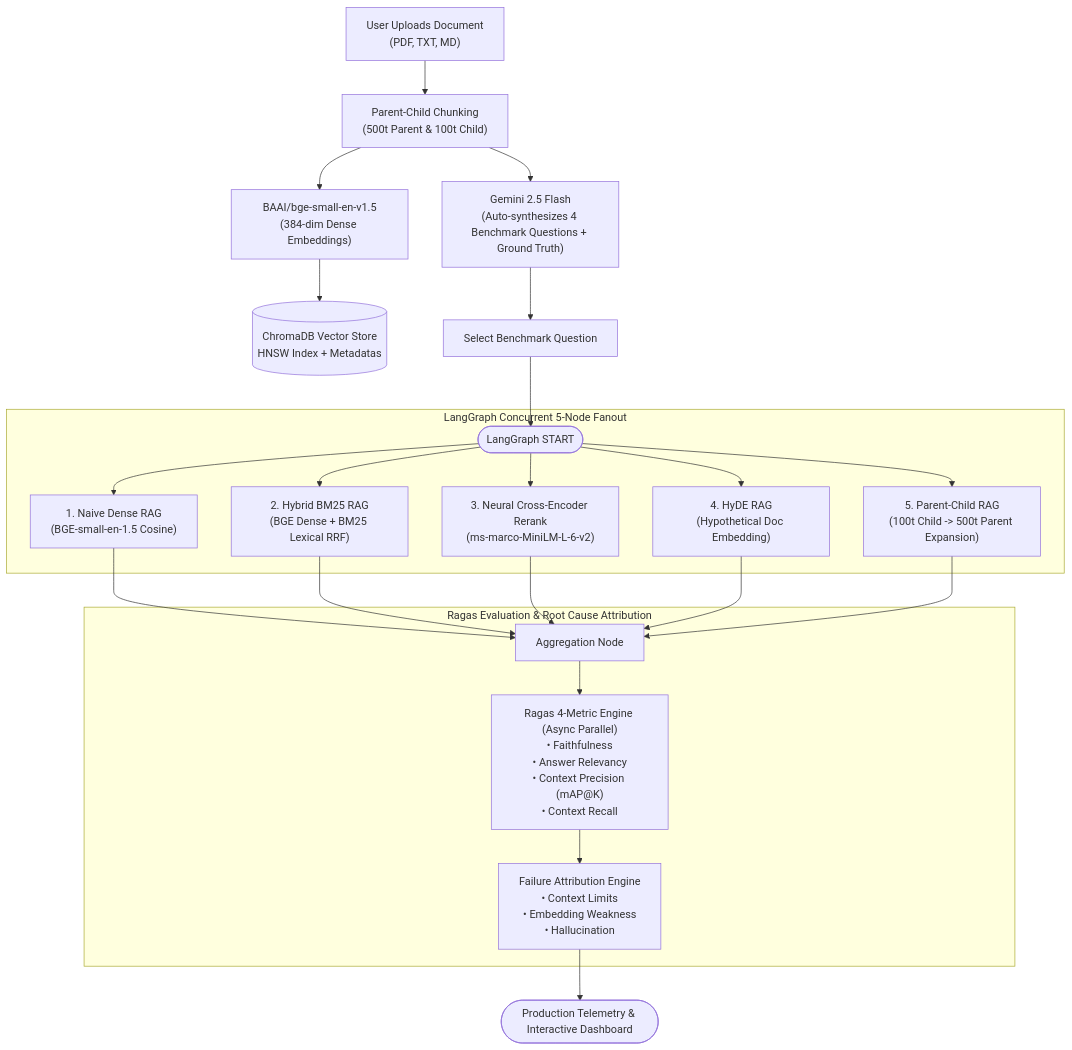
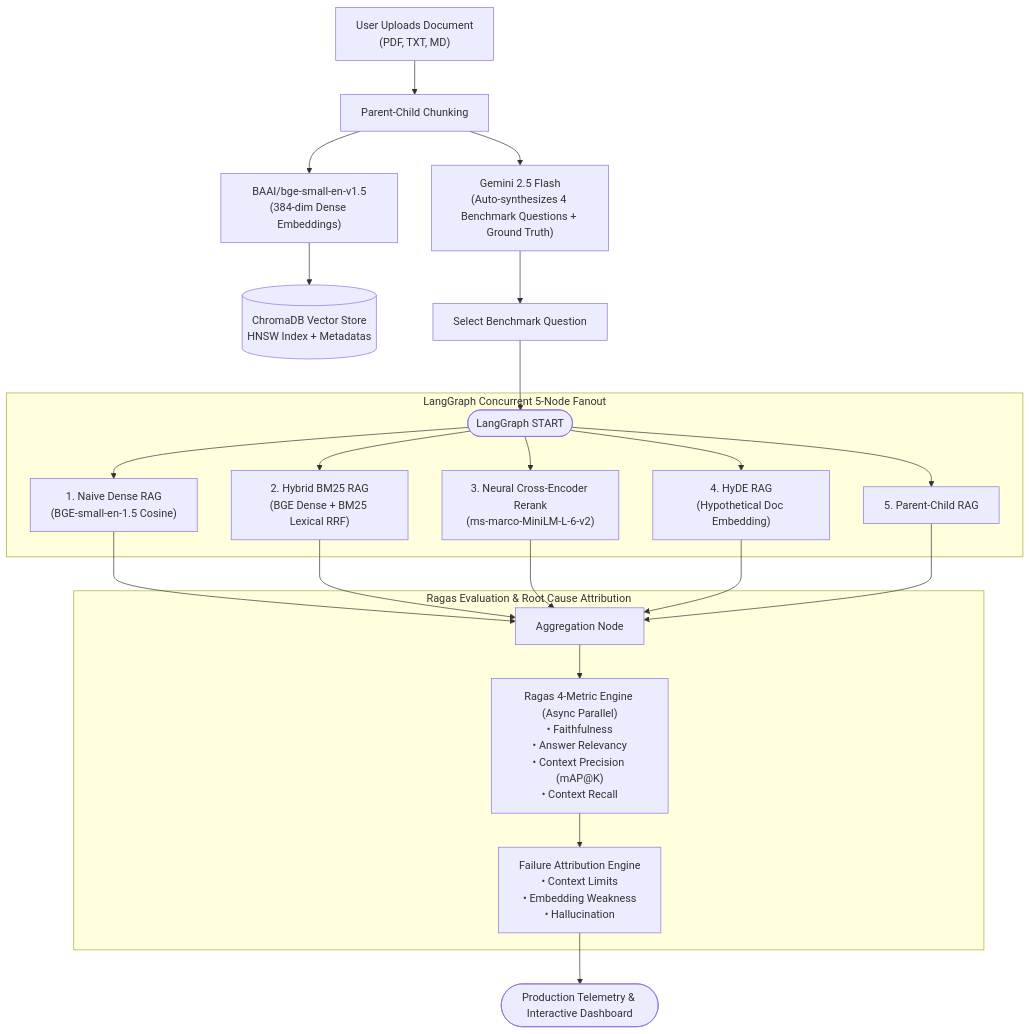
One commit to Japnitsingh123/RAGLens changed the diagram in README.md. Above: the diagram before and after it, drawn with Mermaid.

Commit message:
commited changes

````diff
--- a/README.md
+++ b/README.md
@@ -28,31 +28,31 @@
 ```mermaid
 flowchart TD
-    DOC["User Uploads Document\n(PDF, TXT, MD)"] --> CHUNK["Parent-Child Chunking\n(500t Parent & 100t Child)"]
+    DOC["User Uploads Document\n(PDF, TXT, MD)"] --> CHUNK["Parent-Child Chunking"]
     CHUNK --> BGE["BAAI/bge-small-en-v1.5\n(384-dim Dense Embeddings)"]
     BGE --> CHROMA[("ChromaDB Vector Store\nHNSW Index + Metadatas")]
     CHUNK --> GEMINI["Gemini 2.5 Flash\n(Auto-synthesizes 4 Benchmark Questions + Ground Truth)"]
     
     GEMINI --> Q["Select Benchmark Question"]
     Q --> START(["LangGraph START"])
     
     subgraph ParallelFanout ["LangGraph Concurrent 5-Node Fanout"]
         START --> N1["1. Naive Dense RAG\n(BGE-small-en-1.5 Cosine)"]
         START --> N2["2. Hybrid BM25 RAG\n(BGE Dense + BM25 Lexical RRF)"]
         START --> N3["3. Neural Cross-Encoder Rerank\n(ms-marco-MiniLM-L-6-v2)"]
         START --> N4["4. HyDE RAG\n(Hypothetical Doc Embedding)"]
-        START --> N5["5. Parent-Child RAG\n(100t Child -> 500t Parent Expansion)"]
+        START --> N5["5. Parent-Child RAG"]
     end
 
     N1 --> AGG["Aggregation Node"]
     N2 --> AGG
     N3 --> AGG
     N4 --> AGG
     N5 --> AGG
 
     subgraph EvaluationAttribution ["Ragas Evaluation & Root Cause Attribution"]
         AGG --> RAGAS["Ragas 4-Metric Engine (Async Parallel)\n• Faithfulness\n• Answer Relevancy\n• Context Precision (mAP@K)\n• Context Recall"]
         RAGAS --> DIAG["Failure Attribution Engine\n• Context Limits\n• Embedding Weakness\n• Hallucination"]
     end
 
     DIAG --> END(["Production Telemetry & Interactive Dashboard"])
 ```
````
